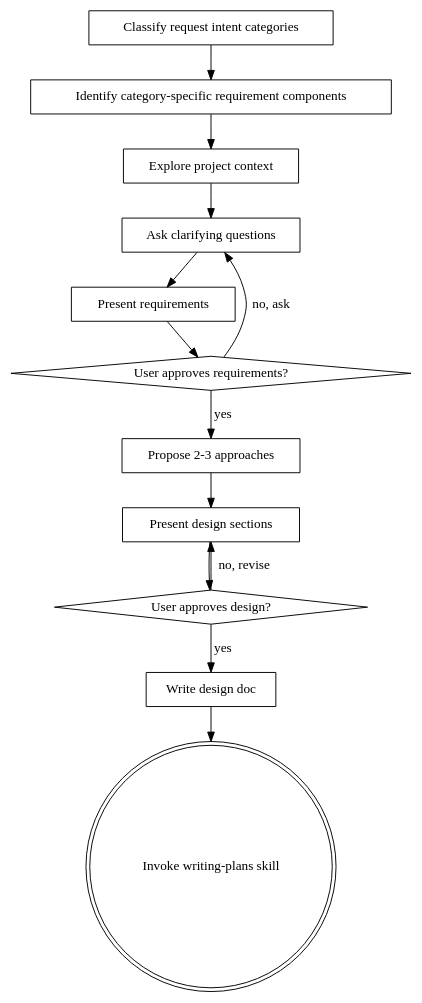
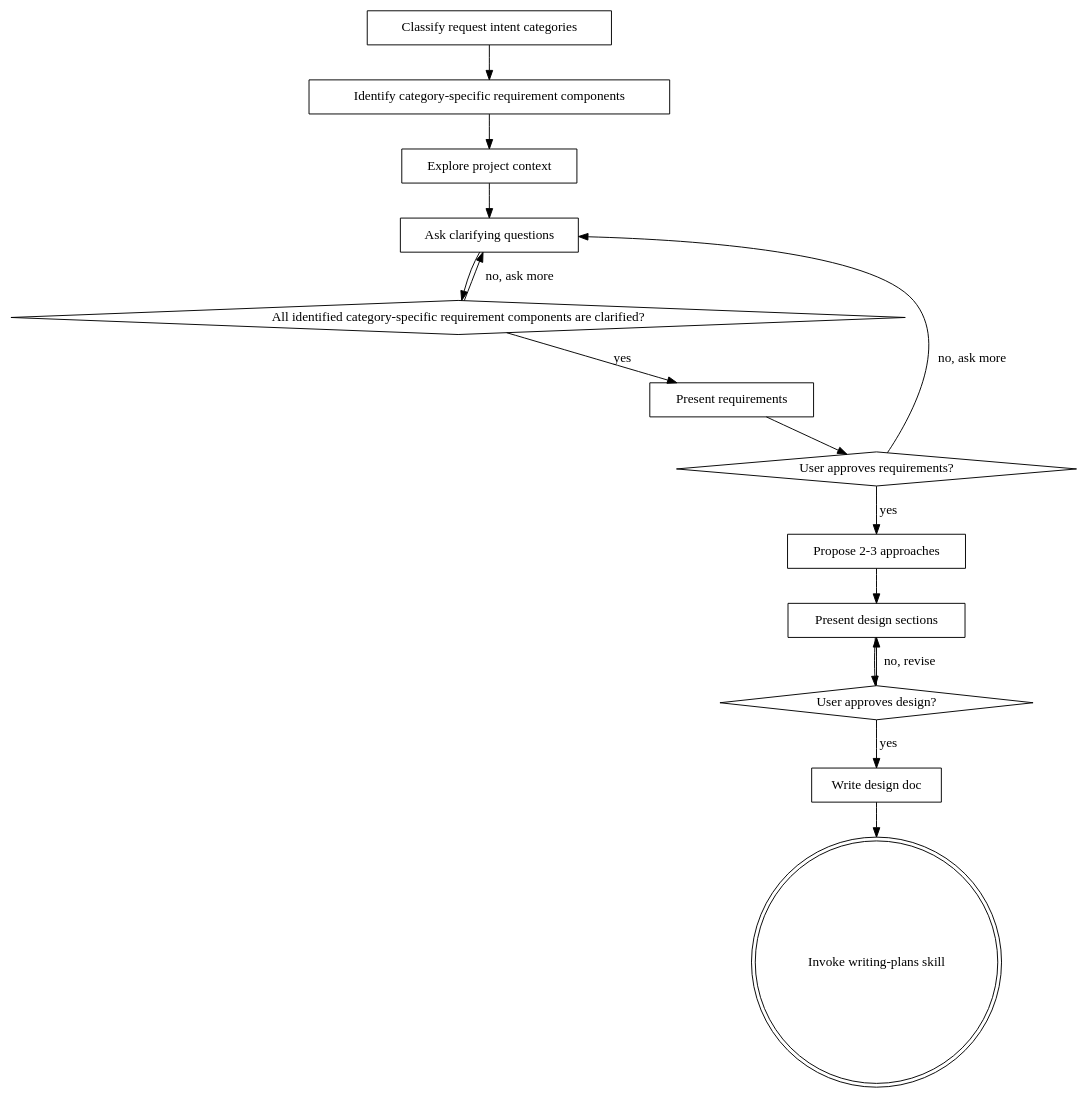
The diagram in .agents/skills/brainstorming/SKILL.md (dongdokee/port-garden), drawn with Graphviz before and after one commit. The commit also changed other lines of this file and 1 other file, not shown here.

Commit message:
일단 임시로 저장

````diff
--- a/.agents/skills/brainstorming/SKILL.md
+++ b/.agents/skills/brainstorming/SKILL.md
@@ -43,28 +43,31 @@
 ```dot
 digraph brainstorming {
     "Classify request intent categories" [shape=box];
     "Identify category-specific requirement components" [shape=box];
     "Explore project context" [shape=box];
     "Ask clarifying questions" [shape=box];
+    "All identified category-specific requirement components are clarified?" [shape=diamond];
     "Present requirements" [shape=box];
     "User approves requirements?" [shape=diamond];
     "Propose 2-3 approaches" [shape=box];
     "Present design sections" [shape=box];
     "User approves design?" [shape=diamond];
     "Write design doc" [shape=box];
     "Invoke writing-plans skill" [shape=doublecircle];
 
     "Classify request intent categories" -> "Identify category-specific requirement components";
     "Identify category-specific requirement components" -> "Explore project context";
     "Explore project context" -> "Ask clarifying questions";
-    "Ask clarifying questions" -> "Present requirements";
+    "Ask clarifying questions" -> "All identified category-specific requirement components are clarified?";
+    "All identified category-specific requirement components are clarified?" -> "Present requirements" [label="yes"];
+    "All identified category-specific requirement components are clarified?" -> "Ask clarifying questions" [label="no, ask more"];
     "Present requirements" -> "User approves requirements?";
-    "User approves requirements?" -> "Ask clarifying questions" [label="no, ask"];
+    "User approves requirements?" -> "Ask clarifying questions" [label="no, ask more"];
     "User approves requirements?" -> "Propose 2-3 approaches" [label="yes"];
     "Propose 2-3 approaches" -> "Present design sections";
     "Present design sections" -> "User approves design?";
     "User approves design?" -> "Present design sections" [label="no, revise"];
     "User approves design?" -> "Write design doc" [label="yes"];
     "Write design doc" -> "Invoke writing-plans skill";
 }
 ```
````
